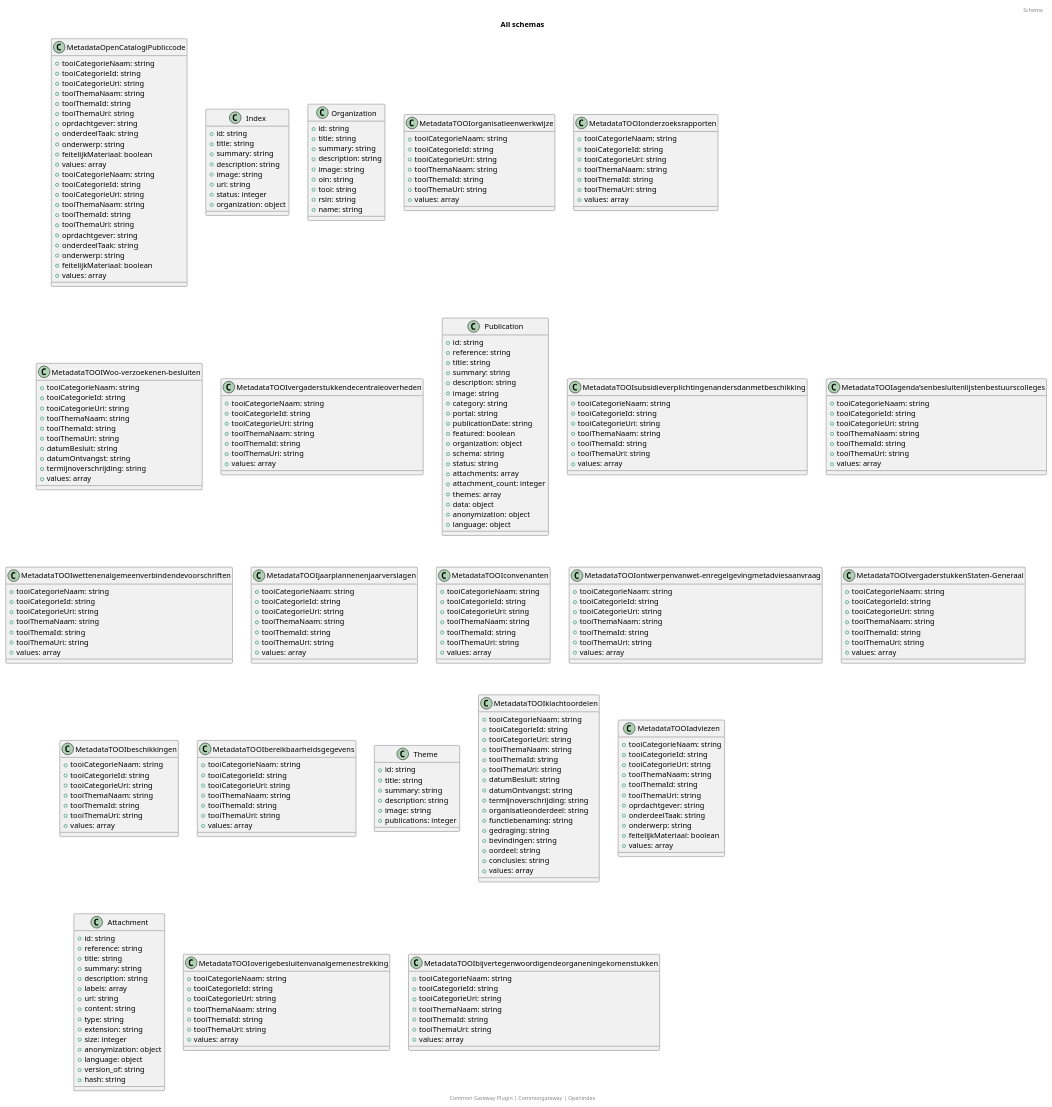
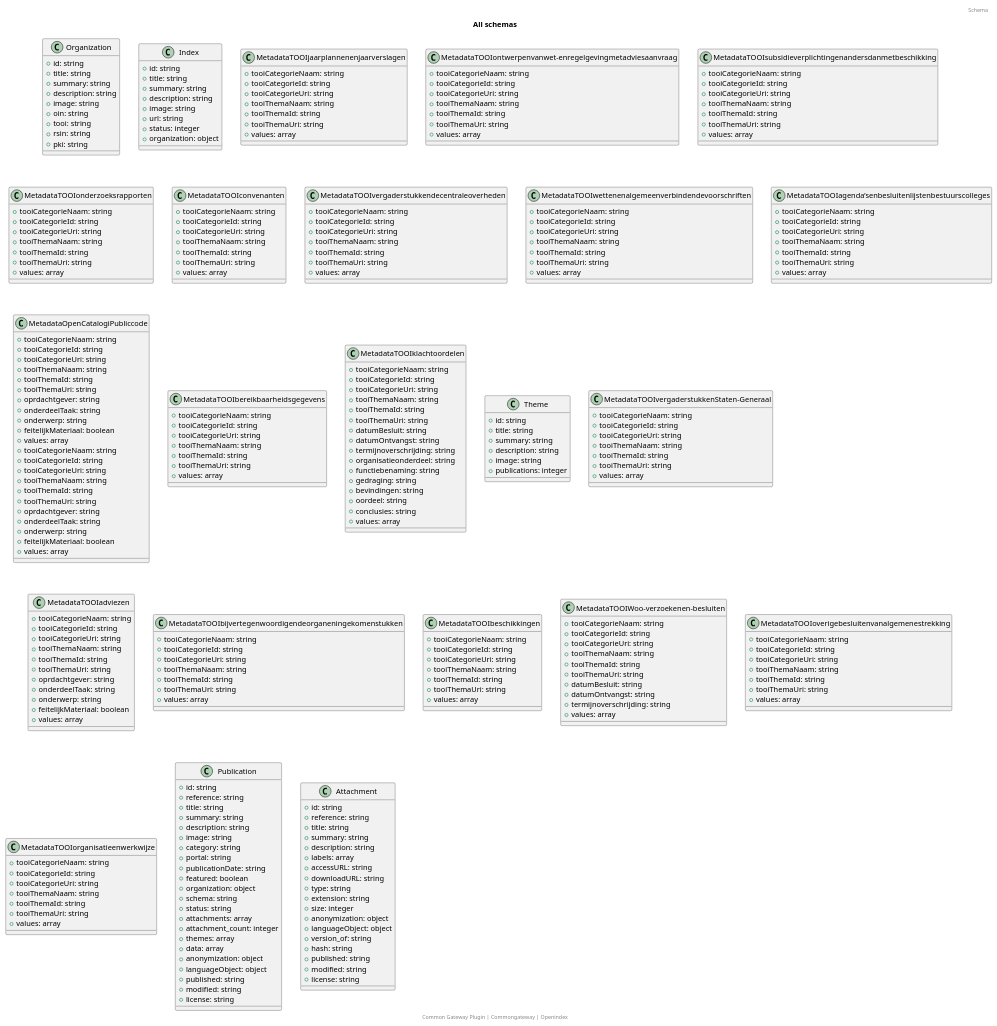
Before and after one commit to CommonGateway/OpenIndex: the diagram in docs/schema/all_schema_classes.puml, drawn with PlantUML. The commit also changed 28 other files, not shown here.

```diff
--- a/docs/schema/all_schema_classes.puml
+++ b/docs/schema/all_schema_classes.puml
@@ -2,6 +2,99 @@
 title: All schemas
 footer: Common Gateway Plugin | Commongateway | Openindex 
 header: Schema
+class Organization {
+  + id: string
+  + title: string
+  + summary: string
+  + description: string
+  + image: string
+  + oin: string
+  + tooi: string
+  + rsin: string
+  + pki: string
+}
+class Index {
+  + id: string
+  + title: string
+  + summary: string
+  + description: string
+  + image: string
+  + url: string
+  + status: integer
+  + organization: object
+}
+class MetadataTOOIjaarplannenenjaarverslagen {
+  + tooiCategorieNaam: string
+  + tooiCategorieId: string
+  + tooiCategorieUri: string
+  + tooiThemaNaam: string
+  + tooiThemaId: string
+  + tooiThemaUri: string
+  + values: array
+}
+class MetadataTOOIontwerpenvanwet-enregelgevingmetadviesaanvraag {
+  + tooiCategorieNaam: string
+  + tooiCategorieId: string
+  + tooiCategorieUri: string
+  + tooiThemaNaam: string
+  + tooiThemaId: string
+  + tooiThemaUri: string
+  + values: array
+}
+class MetadataTOOIsubsidieverplichtingenandersdanmetbeschikking {
+  + tooiCategorieNaam: string
+  + tooiCategorieId: string
+  + tooiCategorieUri: string
+  + tooiThemaNaam: string
+  + tooiThemaId: string
+  + tooiThemaUri: string
+  + values: array
+}
+class MetadataTOOIonderzoeksrapporten {
+  + tooiCategorieNaam: string
+  + tooiCategorieId: string
+  + tooiCategorieUri: string
+  + tooiThemaNaam: string
+  + tooiThemaId: string
+  + tooiThemaUri: string
+  + values: array
+}
+class MetadataTOOIconvenanten {
+  + tooiCategorieNaam: string
+  + tooiCategorieId: string
+  + tooiCategorieUri: string
+  + tooiThemaNaam: string
+  + tooiThemaId: string
+  + tooiThemaUri: string
+  + values: array
+}
+class MetadataTOOIvergaderstukkendecentraleoverheden {
+  + tooiCategorieNaam: string
+  + tooiCategorieId: string
+  + tooiCategorieUri: string
+  + tooiThemaNaam: string
+  + tooiThemaId: string
+  + tooiThemaUri: string
+  + values: array
+}
+class MetadataTOOIwettenenalgemeenverbindendevoorschriften {
+  + tooiCategorieNaam: string
+  + tooiCategorieId: string
+  + tooiCategorieUri: string
+  + tooiThemaNaam: string
+  + tooiThemaId: string
+  + tooiThemaUri: string
+  + values: array
+}
+class MetadataTOOIagenda’senbesluitenlijstenbestuurscolleges {
+  + tooiCategorieNaam: string
+  + tooiCategorieId: string
+  + tooiCategorieUri: string
+  + tooiThemaNaam: string
+  + tooiThemaId: string
+  + tooiThemaUri: string
+  + values: array
+}
 class MetadataOpenCatalogiPubliccode {
   + tooiCategorieNaam: string
   + tooiCategorieId: string
@@ -15,28 +108,20 @@
   + feitelijkMateriaal: boolean
   + values: array
 }
-class Index {
-  + id: string
-  + title: string
-  + summary: string
-  + description: string
-  + image: string
-  + url: string
-  + status: integer
-  + organization: object
+class MetadataOpenCatalogiPubliccode {
+  + tooiCategorieNaam: string
+  + tooiCategorieId: string
+  + tooiCategorieUri: string
+  + tooiThemaNaam: string
+  + tooiThemaId: string
+  + tooiThemaUri: string
+  + oprdachtgever: string
+  + onderdeelTaak: string
+  + onderwerp: string
+  + feitelijkMateriaal: boolean
+  + values: array
 }
-class Organization {
-  + id: string
-  + title: string
-  + summary: string
-  + description: string
-  + image: string
-  + oin: string
-  + tooi: string
-  + rsin: string
-  + name: string
-}
-class MetadataTOOIorganisatieenwerkwijze {
+class MetadataTOOIbereikbaarheidsgegevens {
   + tooiCategorieNaam: string
   + tooiCategorieId: string
   + tooiCategorieUri: string
@@ -45,7 +130,64 @@
   + tooiThemaUri: string
   + values: array
 }
-class MetadataTOOIonderzoeksrapporten {
+class MetadataTOOIklachtoordelen {
+  + tooiCategorieNaam: string
+  + tooiCategorieId: string
+  + tooiCategorieUri: string
+  + tooiThemaNaam: string
+  + tooiThemaId: string
+  + tooiThemaUri: string
+  + datumBesluit: string
+  + datumOntvangst: string
+  + termijnoverschrijding: string
+  + organisatieonderdeel: string
+  + functiebenaming: string
+  + gedraging: string
+  + bevindingen: string
+  + oordeel: string
+  + conclusies: string
+  + values: array
+}
+class Theme {
+  + id: string
+  + title: string
+  + summary: string
+  + description: string
+  + image: string
+  + publications: integer
+}
+class MetadataTOOIvergaderstukkenStaten-Generaal {
+  + tooiCategorieNaam: string
+  + tooiCategorieId: string
+  + tooiCategorieUri: string
+  + tooiThemaNaam: string
+  + tooiThemaId: string
+  + tooiThemaUri: string
+  + values: array
+}
+class MetadataTOOIadviezen {
+  + tooiCategorieNaam: string
+  + tooiCategorieId: string
+  + tooiCategorieUri: string
+  + tooiThemaNaam: string
+  + tooiThemaId: string
+  + tooiThemaUri: string
+  + oprdachtgever: string
+  + onderdeelTaak: string
+  + onderwerp: string
+  + feitelijkMateriaal: boolean
+  + values: array
+}
+class MetadataTOOIbijvertegenwoordigendeorganeningekomenstukken {
+  + tooiCategorieNaam: string
+  + tooiCategorieId: string
+  + tooiCategorieUri: string
+  + tooiThemaNaam: string
+  + tooiThemaId: string
+  + tooiThemaUri: string
+  + values: array
+}
+class MetadataTOOIbeschikkingen {
   + tooiCategorieNaam: string
   + tooiCategorieId: string
   + tooiCategorieUri: string
@@ -66,7 +208,16 @@
   + termijnoverschrijding: string
   + values: array
 }
-class MetadataTOOIvergaderstukkendecentraleoverheden {
+class MetadataTOOIoverigebesluitenvanalgemenestrekking {
+  + tooiCategorieNaam: string
+  + tooiCategorieId: string
+  + tooiCategorieUri: string
+  + tooiThemaNaam: string
+  + tooiThemaId: string
+  + tooiThemaUri: string
+  + values: array
+}
+class MetadataTOOIorganisatieenwerkwijze {
   + tooiCategorieNaam: string
   + tooiCategorieId: string
   + tooiCategorieUri: string
@@ -92,142 +243,12 @@
   + attachments: array
   + attachment_count: integer
   + themes: array
-  + data: object
+  + data: array
   + anonymization: object
-  + language: object
-}
-class MetadataOpenCatalogiPubliccode {
-  + tooiCategorieNaam: string
-  + tooiCategorieId: string
-  + tooiCategorieUri: string
-  + tooiThemaNaam: string
-  + tooiThemaId: string
-  + tooiThemaUri: string
-  + oprdachtgever: string
-  + onderdeelTaak: string
-  + onderwerp: string
-  + feitelijkMateriaal: boolean
-  + values: array
-}
-class MetadataTOOIsubsidieverplichtingenandersdanmetbeschikking {
-  + tooiCategorieNaam: string
-  + tooiCategorieId: string
-  + tooiCategorieUri: string
-  + tooiThemaNaam: string
-  + tooiThemaId: string
-  + tooiThemaUri: string
-  + values: array
-}
-class MetadataTOOIagenda’senbesluitenlijstenbestuurscolleges {
-  + tooiCategorieNaam: string
-  + tooiCategorieId: string
-  + tooiCategorieUri: string
-  + tooiThemaNaam: string
-  + tooiThemaId: string
-  + tooiThemaUri: string
-  + values: array
-}
-class MetadataTOOIwettenenalgemeenverbindendevoorschriften {
-  + tooiCategorieNaam: string
-  + tooiCategorieId: string
-  + tooiCategorieUri: string
-  + tooiThemaNaam: string
-  + tooiThemaId: string
-  + tooiThemaUri: string
-  + values: array
-}
-class MetadataTOOIjaarplannenenjaarverslagen {
-  + tooiCategorieNaam: string
-  + tooiCategorieId: string
-  + tooiCategorieUri: string
-  + tooiThemaNaam: string
-  + tooiThemaId: string
-  + tooiThemaUri: string
-  + values: array
-}
-class MetadataTOOIconvenanten {
-  + tooiCategorieNaam: string
-  + tooiCategorieId: string
-  + tooiCategorieUri: string
-  + tooiThemaNaam: string
-  + tooiThemaId: string
-  + tooiThemaUri: string
-  + values: array
-}
-class MetadataTOOIontwerpenvanwet-enregelgevingmetadviesaanvraag {
-  + tooiCategorieNaam: string
-  + tooiCategorieId: string
-  + tooiCategorieUri: string
-  + tooiThemaNaam: string
-  + tooiThemaId: string
-  + tooiThemaUri: string
-  + values: array
-}
-class MetadataTOOIvergaderstukkenStaten-Generaal {
-  + tooiCategorieNaam: string
-  + tooiCategorieId: string
-  + tooiCategorieUri: string
-  + tooiThemaNaam: string
-  + tooiThemaId: string
-  + tooiThemaUri: string
-  + values: array
-}
-class MetadataTOOIbeschikkingen {
-  + tooiCategorieNaam: string
-  + tooiCategorieId: string
-  + tooiCategorieUri: string
-  + tooiThemaNaam: string
-  + tooiThemaId: string
-  + tooiThemaUri: string
-  + values: array
-}
-class MetadataTOOIbereikbaarheidsgegevens {
-  + tooiCategorieNaam: string
-  + tooiCategorieId: string
-  + tooiCategorieUri: string
-  + tooiThemaNaam: string
-  + tooiThemaId: string
-  + tooiThemaUri: string
-  + values: array
-}
-class Theme {
-  + id: string
-  + title: string
-  + summary: string
-  + description: string
-  + image: string
-  + publications: integer
-}
-class MetadataTOOIklachtoordelen {
-  + tooiCategorieNaam: string
-  + tooiCategorieId: string
-  + tooiCategorieUri: string
-  + tooiThemaNaam: string
-  + tooiThemaId: string
-  + tooiThemaUri: string
-  + datumBesluit: string
-  + datumOntvangst: string
-  + termijnoverschrijding: string
-  + organisatieonderdeel: string
-  + functiebenaming: string
-  + gedraging: string
-  + bevindingen: string
-  + oordeel: string
-  + conclusies: string
-  + values: array
-}
-class MetadataTOOIadviezen {
-  + tooiCategorieNaam: string
-  + tooiCategorieId: string
-  + tooiCategorieUri: string
-  + tooiThemaNaam: string
-  + tooiThemaId: string
-  + tooiThemaUri: string
-  + oprdachtgever: string
-  + onderdeelTaak: string
-  + onderwerp: string
-  + feitelijkMateriaal: boolean
-  + values: array
+  + languageObject: object
+  + published: string
+  + modified: string
+  + license: string
 }
 class Attachment {
   + id: string
@@ -236,32 +257,17 @@
   + summary: string
   + description: string
   + labels: array
-  + url: string
-  + content: string
+  + accessURL: string
+  + downloadURL: string
   + type: string
   + extension: string
   + size: integer
   + anonymization: object
-  + language: object
+  + languageObject: object
   + version_of: string
   + hash: string
-}
-class MetadataTOOIoverigebesluitenvanalgemenestrekking {
-  + tooiCategorieNaam: string
-  + tooiCategorieId: string
-  + tooiCategorieUri: string
-  + tooiThemaNaam: string
-  + tooiThemaId: string
-  + tooiThemaUri: string
-  + values: array
-}
-class MetadataTOOIbijvertegenwoordigendeorganeningekomenstukken {
-  + tooiCategorieNaam: string
-  + tooiCategorieId: string
-  + tooiCategorieUri: string
-  + tooiThemaNaam: string
-  + tooiThemaId: string
-  + tooiThemaUri: string
-  + values: array
+  + published: string
+  + modified: string
+  + license: string
 }
 @enduml
```
